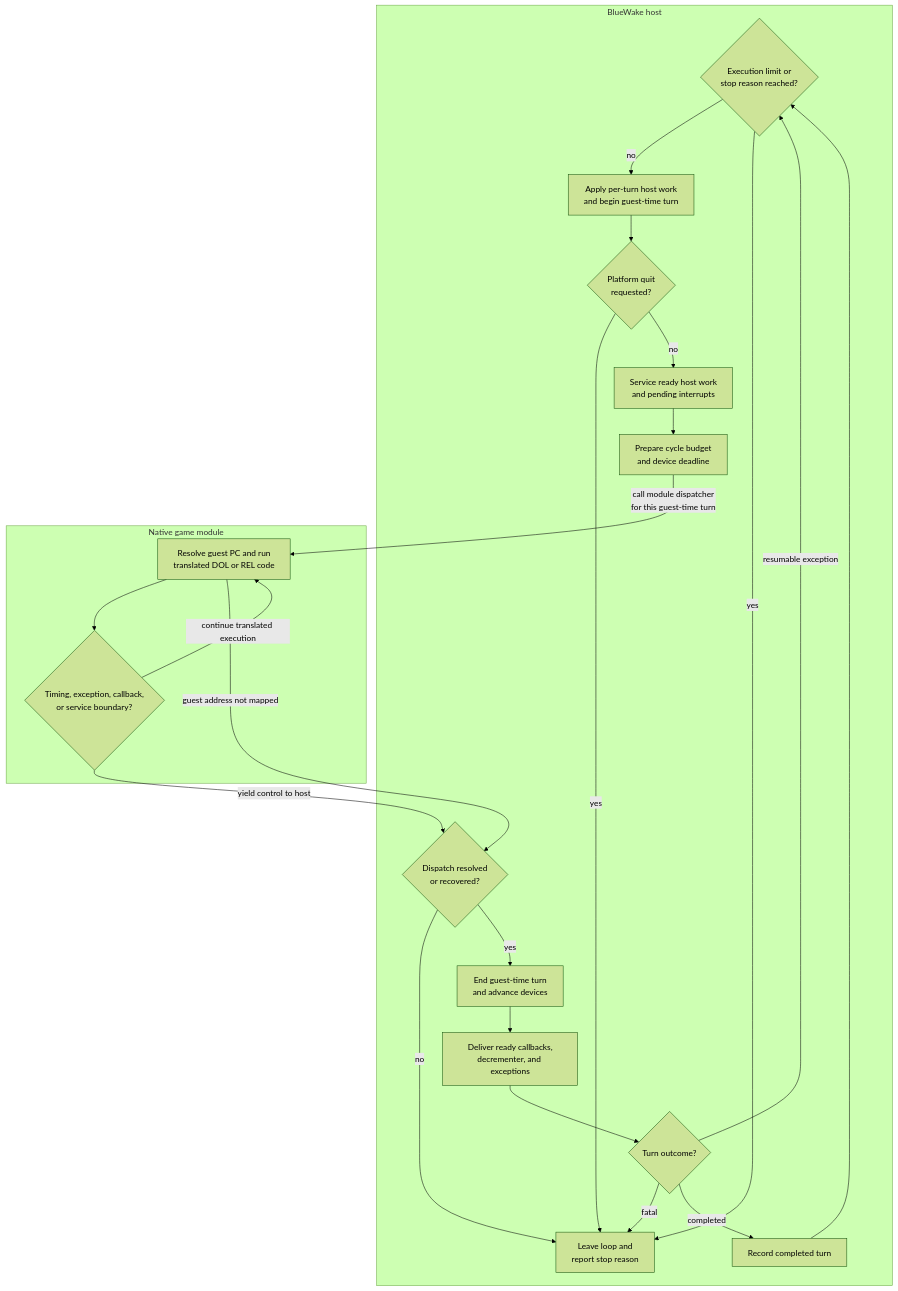
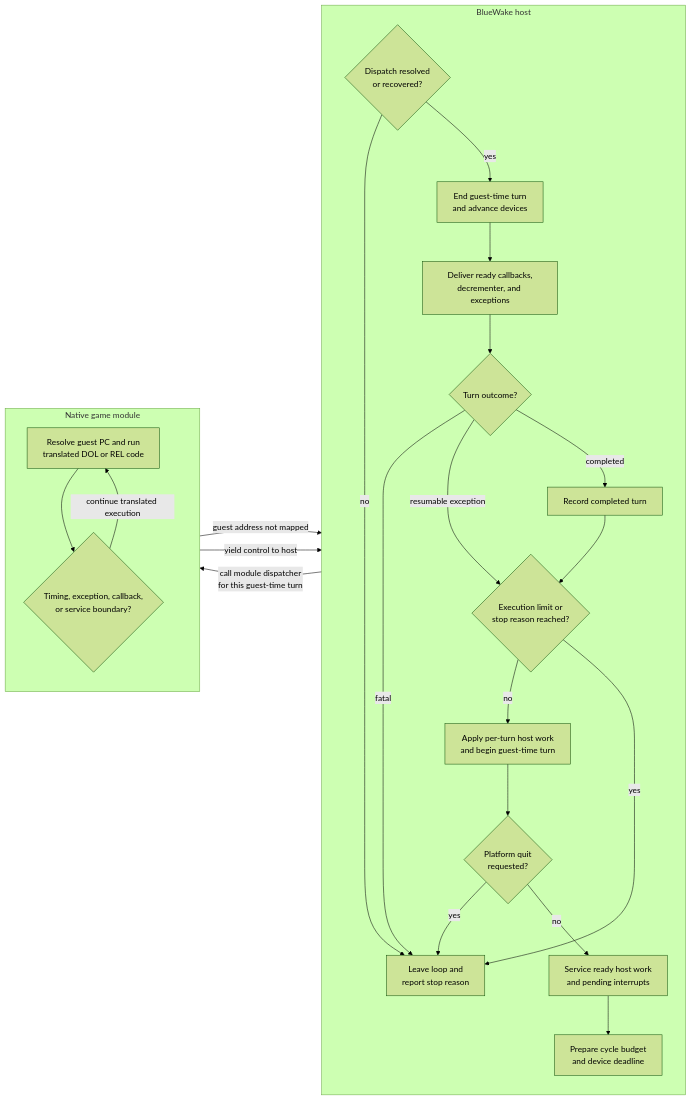
One commit to Aelbannan/boat_of_daphnes changed the eighth of 8 diagrams in docs/architecture/runtime/Host.md. Above: the diagram before and after it, drawn with Mermaid (forest theme).

Commit message:
docs: lay out main-loop handoff horizontally

````diff
--- a/docs/architecture/runtime/Host.md
+++ b/docs/architecture/runtime/Host.md
@@ -244,36 +244,38 @@
 ```mermaid
-flowchart TD
+flowchart LR
     subgraph Host["BlueWake host"]
+        direction TB
         Check{"Execution limit or<br/>stop reason reached?"}
         Turn["Apply per-turn host work<br/>and begin guest-time turn"]
         Quit{"Platform quit<br/>requested?"}
         Ready["Service ready host work<br/>and pending interrupts"]
         Budget["Prepare cycle budget<br/>and device deadline"]
         Mapped{"Dispatch resolved<br/>or recovered?"}
         End["End guest-time turn<br/>and advance devices"]
         Events["Deliver ready callbacks,<br/>decrementer, and exceptions"]
         Outcome{"Turn outcome?"}
         Record["Record completed turn"]
         Stop["Leave loop and<br/>report stop reason"]
     end
 
     subgraph Module["Native game module"]
+        direction TB
         Dispatch["Resolve guest PC and run<br/>translated DOL or REL code"]
         Boundary{"Timing, exception, callback,<br/>or service boundary?"}
         Dispatch --> Boundary
         Boundary -->|"continue translated execution"| Dispatch
     end
 
     Check -->|"no"| Turn --> Quit
     Check -->|"yes"| Stop
     Quit -->|"yes"| Stop
     Quit -->|"no"| Ready --> Budget
     Budget -->|"call module dispatcher<br/>for this guest-time turn"| Dispatch
     Dispatch -->|"guest address not mapped"| Mapped
     Boundary -->|"yield control to host"| Mapped
     Mapped -->|"no"| Stop
     Mapped -->|"yes"| End --> Events --> Outcome
     Outcome -->|"fatal"| Stop
     Outcome -->|"resumable exception"| Check
     Outcome -->|"completed"| Record --> Check
 ```
````
